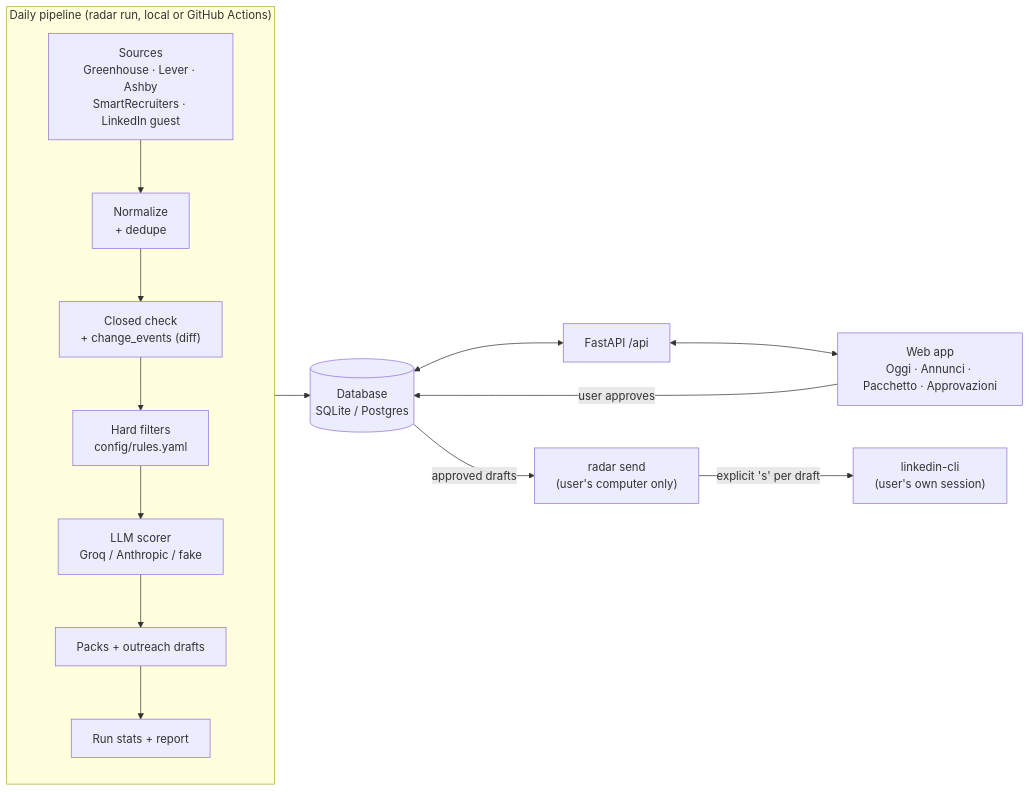
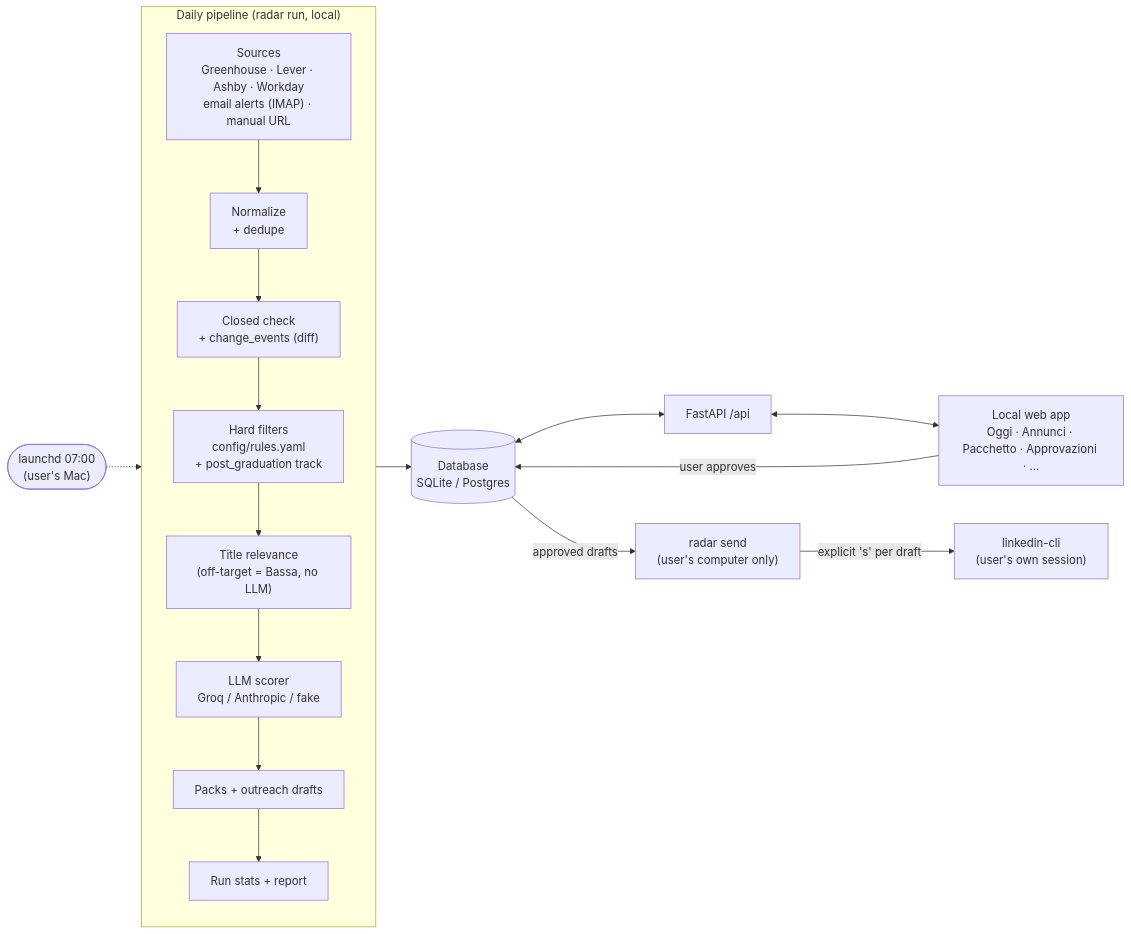
Before and after one commit to DanieleGiovanardi2408/speculor: the diagram in docs/ARCHITECTURE.md, drawn with Mermaid. The commit also changed other lines of this file and 12 other files, not shown here.

Commit message:
docs: local-only README (launchd, Workday, IMAP, post-graduation track, Postgres optional), RUNNING guide, architecture; IMAP default label 'radar'

````diff
--- a/docs/ARCHITECTURE.md
+++ b/docs/ARCHITECTURE.md
@@ -10,17 +11,19 @@
 ```mermaid
 flowchart LR
-    subgraph Daily["Daily pipeline (radar run, local or GitHub Actions)"]
-        S["Sources<br/>Greenhouse · Lever · Ashby<br/>SmartRecruiters · LinkedIn guest"] --> N["Normalize<br/>+ dedupe"]
+    LD(["launchd 07:00<br/>(user's Mac)"]) -.-> Daily
+    subgraph Daily["Daily pipeline (radar run, local)"]
+        S["Sources<br/>Greenhouse · Lever · Ashby · Workday<br/>email alerts (IMAP) · manual URL"] --> N["Normalize<br/>+ dedupe"]
         N --> C["Closed check<br/>+ change_events (diff)"]
-        C --> F["Hard filters<br/>config/rules.yaml"]
-        F --> L["LLM scorer<br/>Groq / Anthropic / fake"]
+        C --> F["Hard filters<br/>config/rules.yaml<br/>+ post_graduation track"]
+        F --> RL["Title relevance<br/>(off-target = Bassa, no LLM)"]
+        RL --> L["LLM scorer<br/>Groq / Anthropic / fake"]
         L --> P["Packs + outreach drafts"]
         P --> R["Run stats + report"]
     end
     Daily --> DB[("Database<br/>SQLite / Postgres")]
     DB <--> API["FastAPI /api"]
-    API <--> W["Web app<br/>Oggi · Annunci · Pacchetto · Approvazioni"]
+    API <--> W["Local web app<br/>Oggi · Annunci · Pacchetto · Approvazioni · ..."]
     W -->|"user approves"| DB
     DB -->|"approved drafts"| SEND["radar send<br/>(user's computer only)"]
     SEND -->|"explicit 's' per draft"| LI["linkedin-cli<br/>(user's own session)"]
 ```
````
